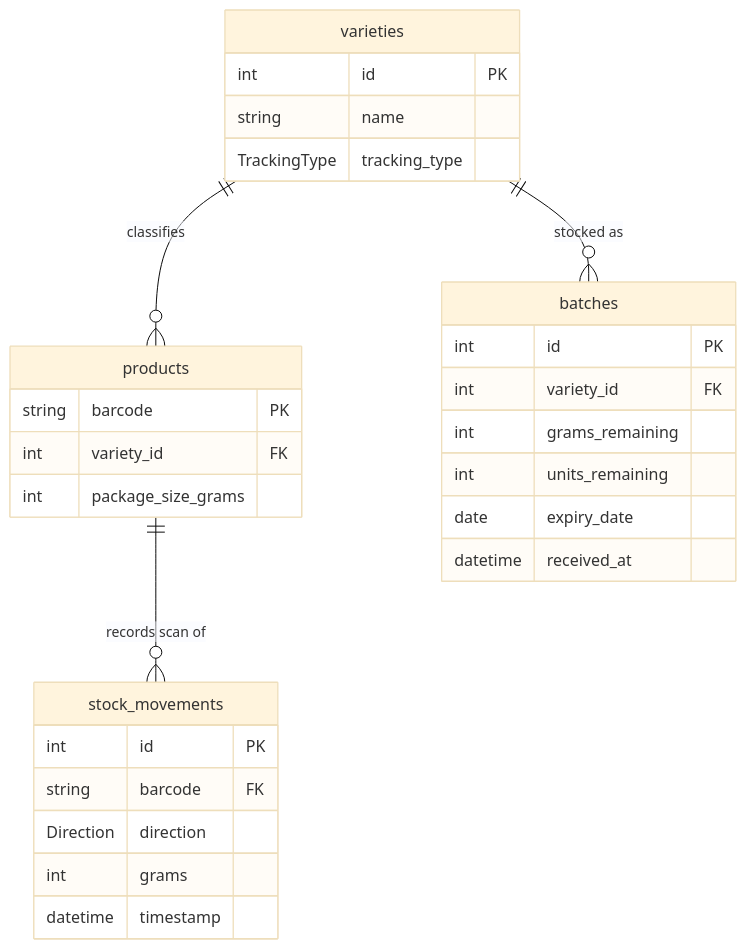
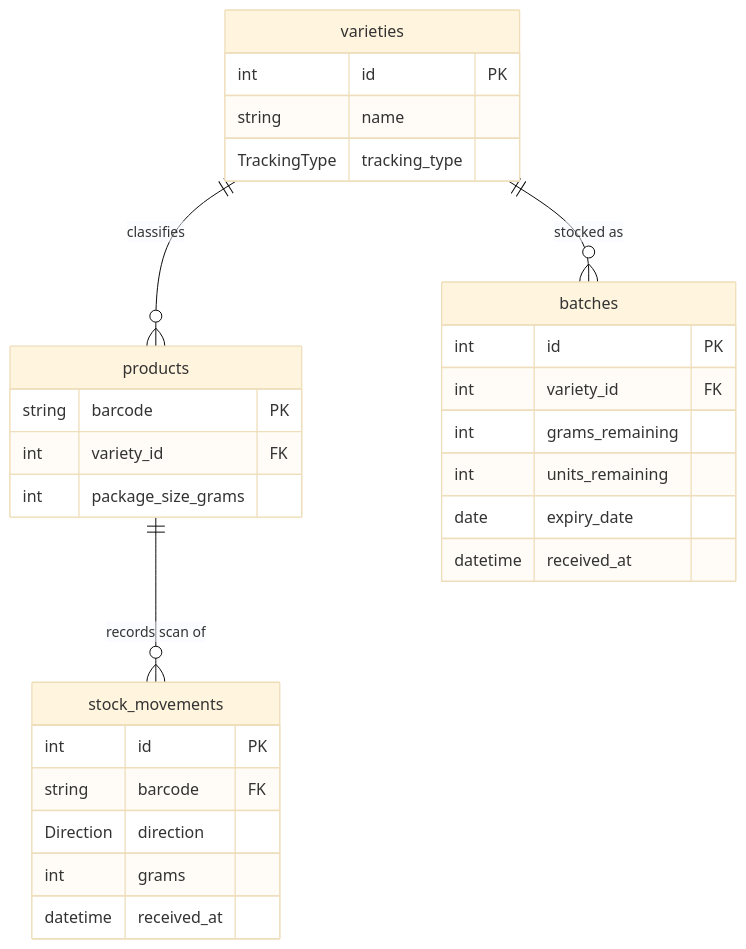
Before and after one commit to tsouk88/cafe-inventory-system: the diagram in openwiki/domain/concepts.md, drawn with Mermaid (base theme). The commit also changed other lines of this file and 19 other files, not shown here.

````diff
--- a/openwiki/domain/concepts.md
+++ b/openwiki/domain/concepts.md
@@ -27,31 +27,31 @@
 ```mermaid
 erDiagram
     varieties ||--o{ products : "classifies"
     varieties ||--o{ batches : "stocked as"
     products ||--o{ stock_movements : "records scan of"
     varieties {
         int id PK
         string name
         TrackingType tracking_type
     }
     products {
         string barcode PK
         int variety_id FK
         int package_size_grams
     }
     batches {
         int id PK
         int variety_id FK
         int grams_remaining
         int units_remaining
         date expiry_date
         datetime received_at
     }
     stock_movements {
         int id PK
         string barcode FK
         Direction direction
         int grams
-        datetime timestamp
+        datetime received_at
     }
 ```
````
